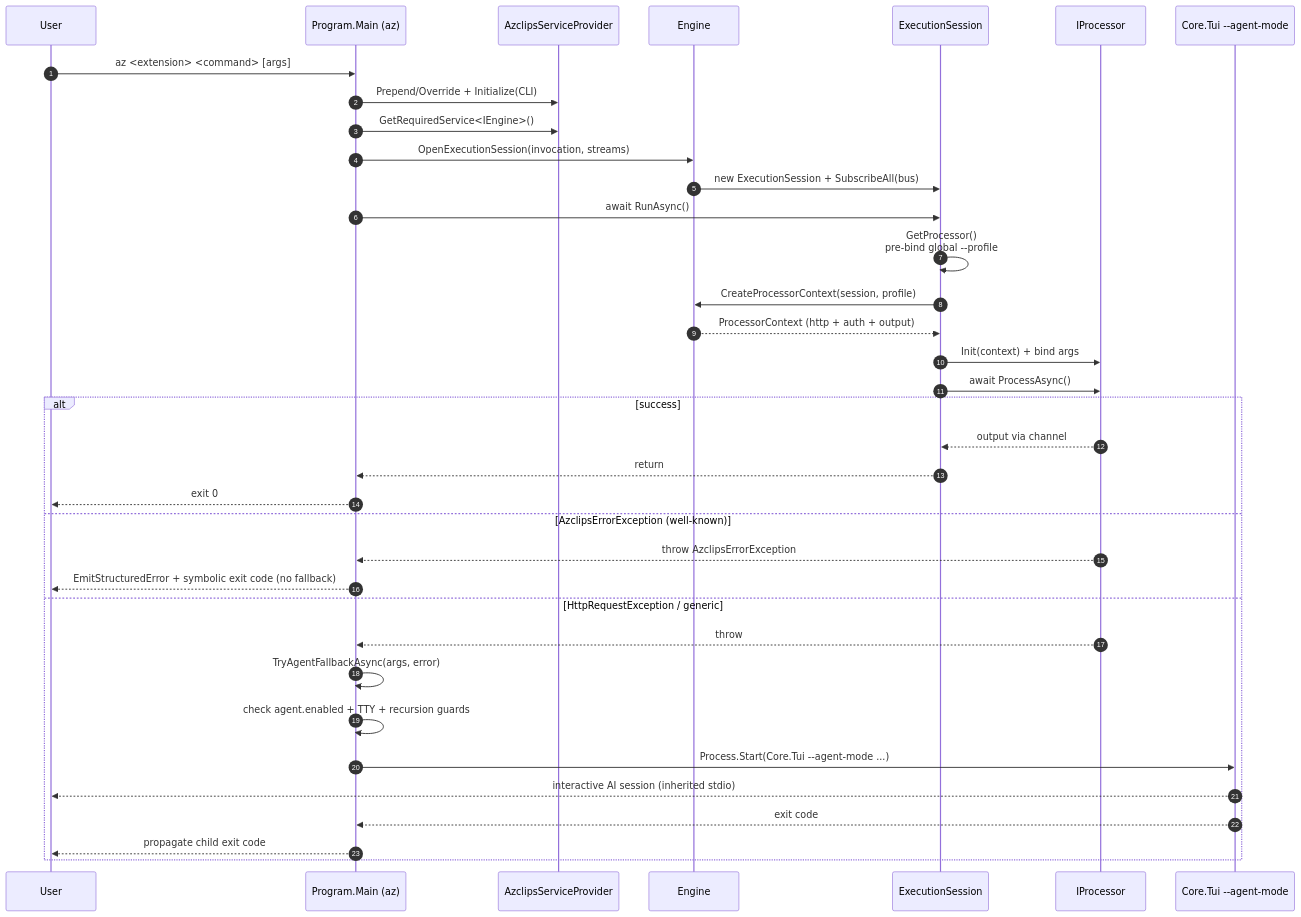
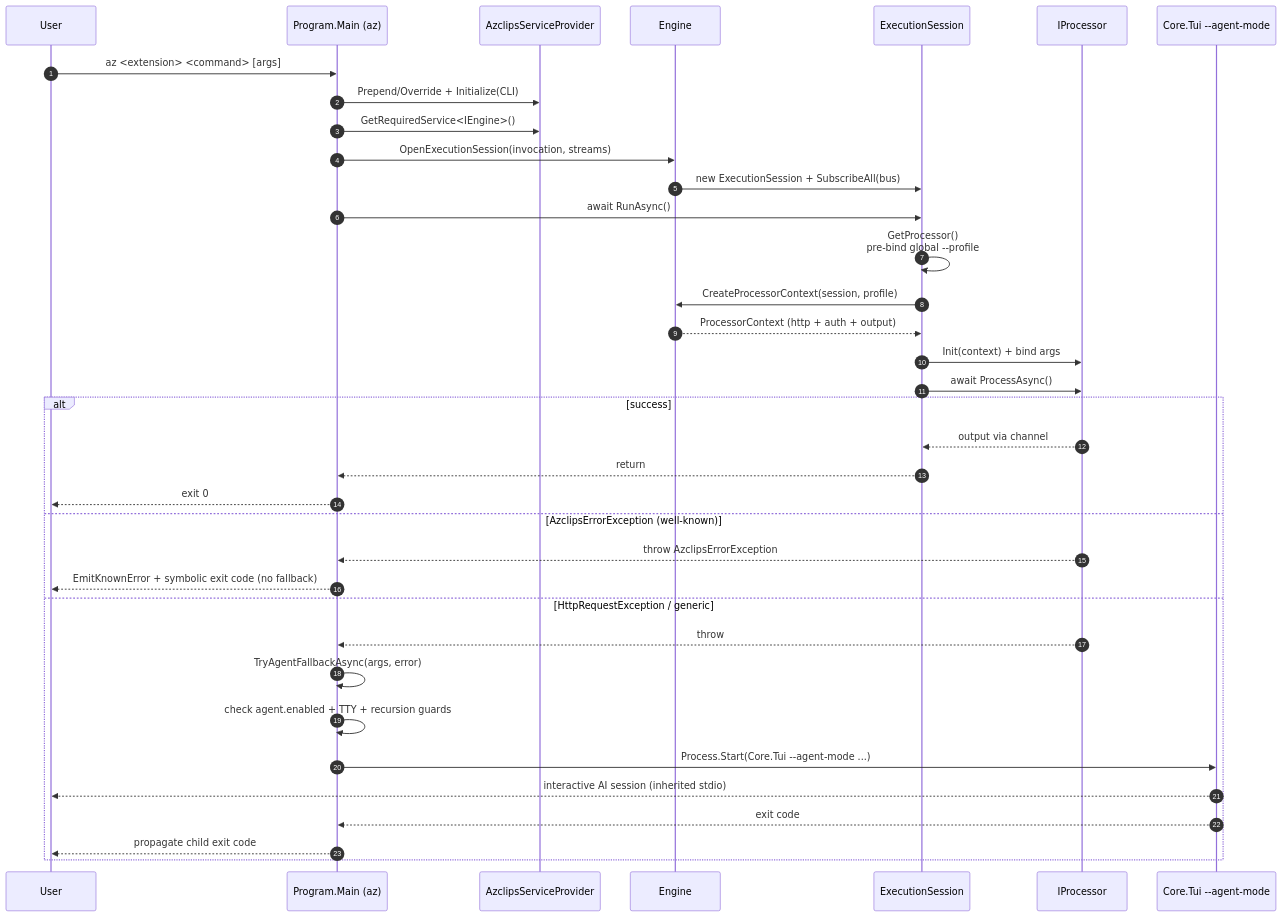
One commit to Azure/azclips changed the second of 2 diagrams in wiki/02-deep-dive/core-engine-orchestration.md. Above: the diagram before and after it, drawn with Mermaid. The commit also changed other lines of this file and 12 other files, not shown here.

````diff
--- a/wiki/02-deep-dive/core-engine-orchestration.md
+++ b/wiki/02-deep-dive/core-engine-orchestration.md
@@ -228,40 +228,40 @@
 ```mermaid
 sequenceDiagram
     autonumber
     participant User
     participant Main as Program.Main (az)
     participant DI as AzclipsServiceProvider
     participant Engine
     participant Session as ExecutionSession
     participant Proc as IProcessor
     participant TUI as Core.Tui --agent-mode
 
     User->>Main: az <extension> <command> [args]
     Main->>DI: Prepend/Override + Initialize(CLI)
     Main->>DI: GetRequiredService<IEngine>()
     Main->>Engine: OpenExecutionSession(invocation, streams)
     Engine->>Session: new ExecutionSession + SubscribeAll(bus)
     Main->>Session: await RunAsync()
     Session->>Session: GetProcessor()<br>pre-bind global --profile
     Session->>Engine: CreateProcessorContext(session, profile)
     Engine-->>Session: ProcessorContext (http + auth + output)
     Session->>Proc: Init(context) + bind args
     Session->>Proc: await ProcessAsync()
 
     alt success
         Proc-->>Session: output via channel
         Session-->>Main: return
         Main-->>User: exit 0
     else AzclipsErrorException (well-known)
         Proc-->>Main: throw AzclipsErrorException
-        Main-->>User: EmitStructuredError + symbolic exit code (no fallback)
+        Main-->>User: EmitKnownError + symbolic exit code (no fallback)
     else HttpRequestException / generic
         Proc-->>Main: throw
         Main->>Main: TryAgentFallbackAsync(args, error)
         Main->>Main: check agent.enabled + TTY + recursion guards
         Main->>TUI: Process.Start(Core.Tui --agent-mode ...)
         TUI-->>User: interactive AI session (inherited stdio)
         TUI-->>Main: exit code
         Main-->>User: propagate child exit code
     end
 ```
````
